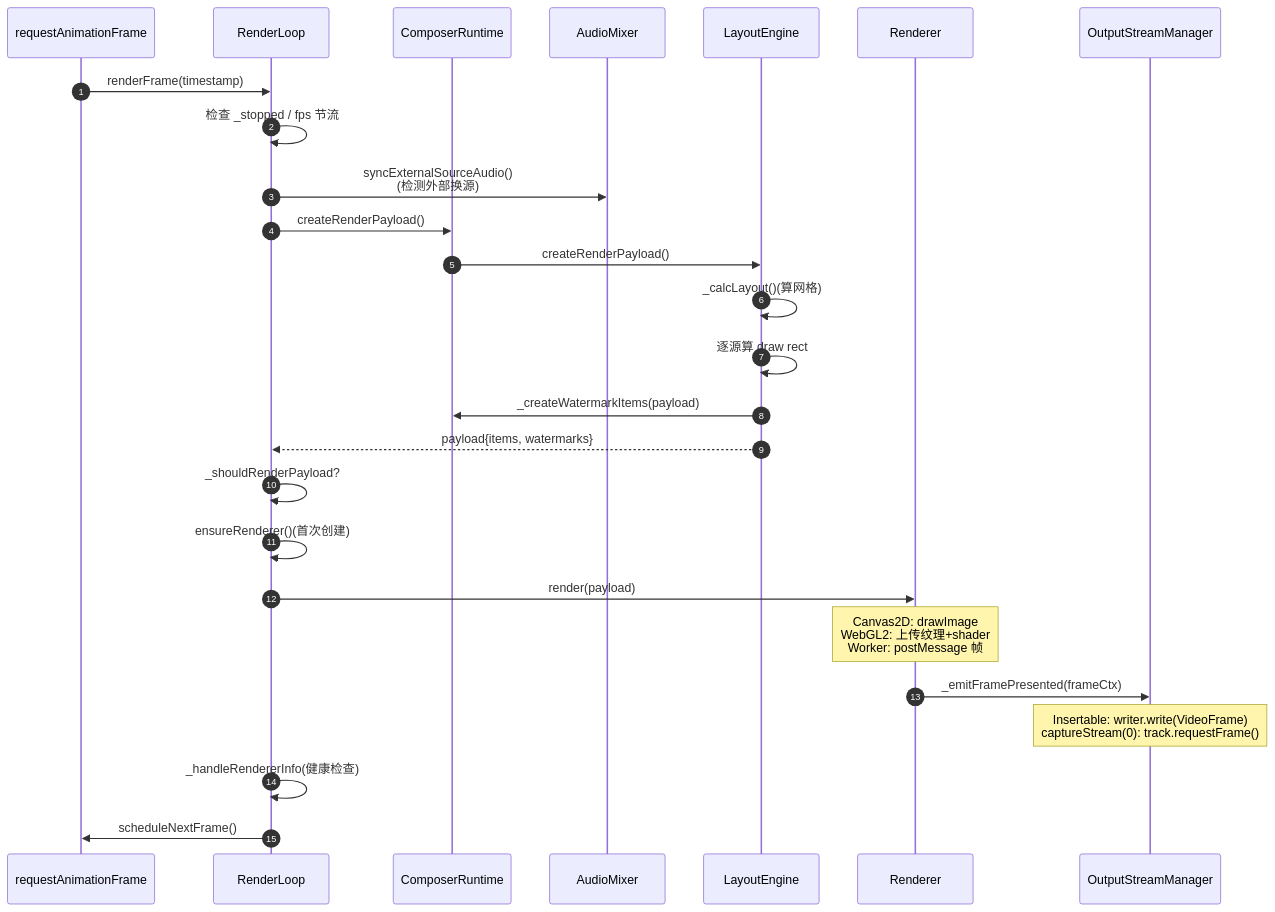
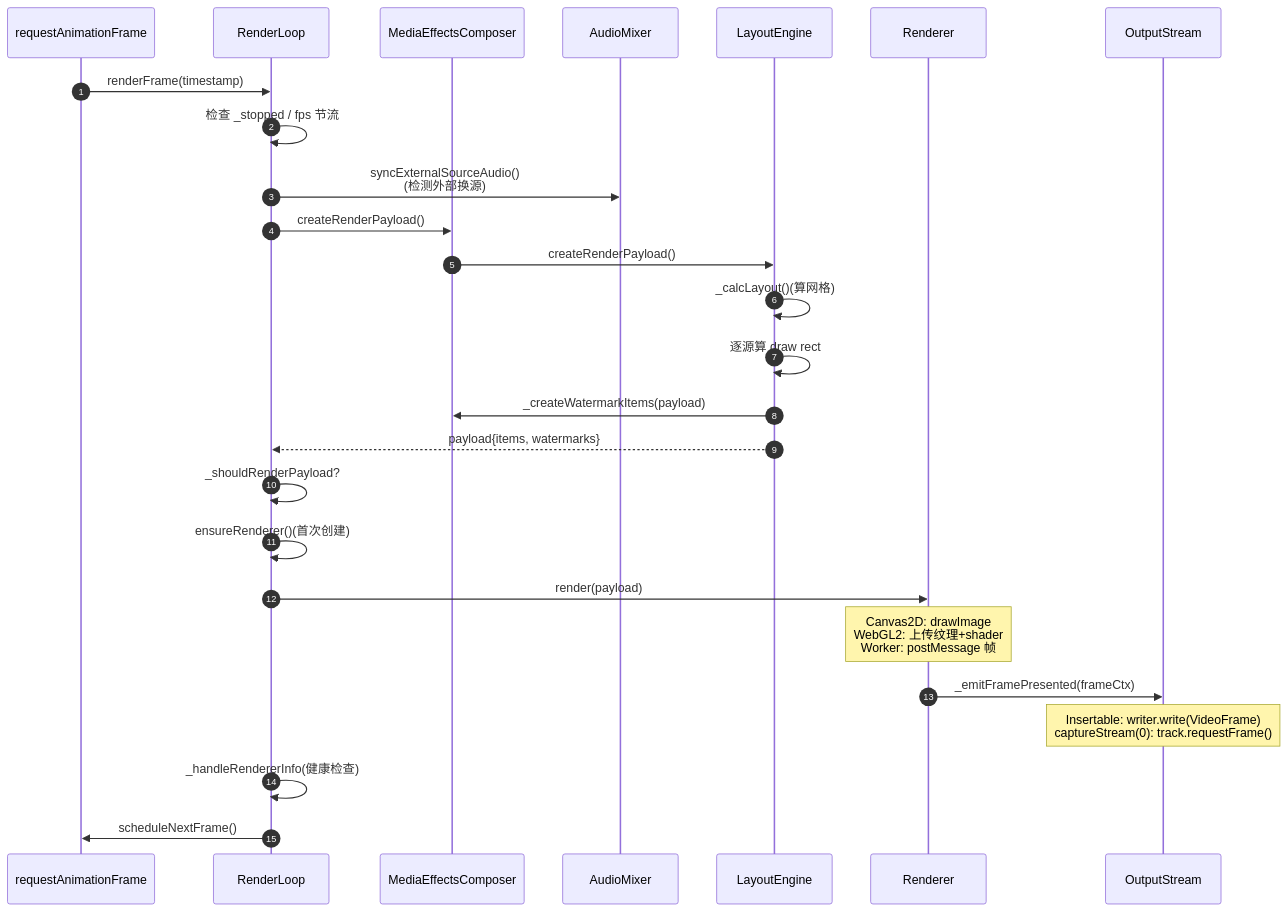
One commit to lei40251/JsSIP changed the ninth of 19 diagrams in docs/MediaEffectsComposer-学习手册.md. Above: the diagram before and after it, drawn with Mermaid. The commit also changed other lines of this file and 72 other files, not shown here.

First line of the commit message:
refactor: 合并精简 MediaEffectsComposer/AiNS/BFCP 模块，消除过度抽象层

````diff
--- a/docs/MediaEffectsComposer-学习手册.md
+++ b/docs/MediaEffectsComposer-学习手册.md
@@ -494,29 +480,29 @@
 ```mermaid
 sequenceDiagram
     autonumber
     participant RAF as requestAnimationFrame
     participant RL as RenderLoop
-    participant CRT as ComposerRuntime
+    participant CRT as MediaEffectsComposer
     participant AM as AudioMixer
     participant LE as LayoutEngine
     participant R as Renderer
-    participant OM as OutputStreamManager
+    participant OM as OutputStream
 
     RAF->>RL: renderFrame(timestamp)
     RL->>RL: 检查 _stopped / fps 节流
     RL->>AM: syncExternalSourceAudio()<br/>(检测外部换源)
     RL->>CRT: createRenderPayload()
     CRT->>LE: createRenderPayload()
     LE->>LE: _calcLayout()(算网格)
     LE->>LE: 逐源算 draw rect
     LE->>CRT: _createWatermarkItems(payload)
     LE-->>RL: payload{items, watermarks}
     RL->>RL: _shouldRenderPayload?
     RL->>RL: ensureRenderer()(首次创建)
     RL->>R: render(payload)
     Note over R: Canvas2D: drawImage<br/>WebGL2: 上传纹理+shader<br/>Worker: postMessage 帧
     R->>OM: _emitFramePresented(frameCtx)
     Note over OM: Insertable: writer.write(VideoFrame)<br/>captureStream(0): track.requestFrame()
     RL->>RL: _handleRendererInfo(健康检查)
     RL->>RAF: scheduleNextFrame()
 ```
````
